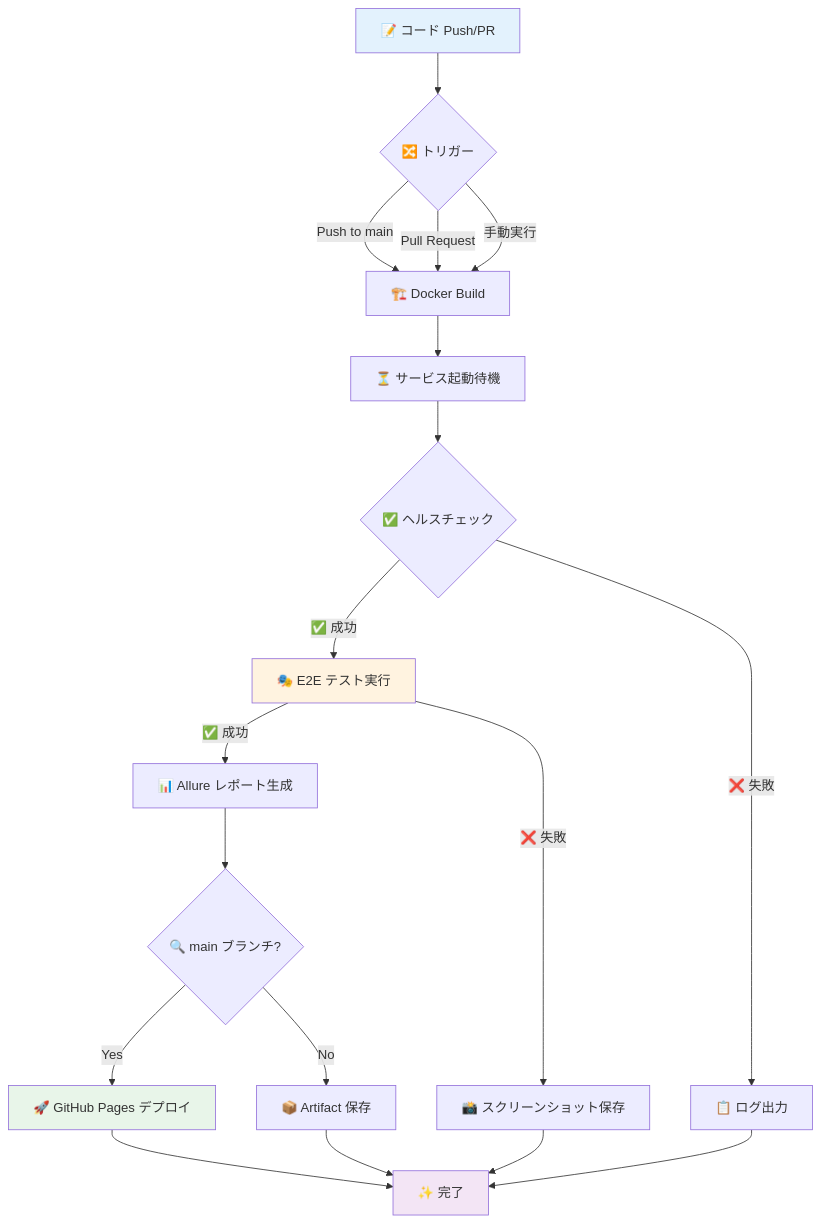
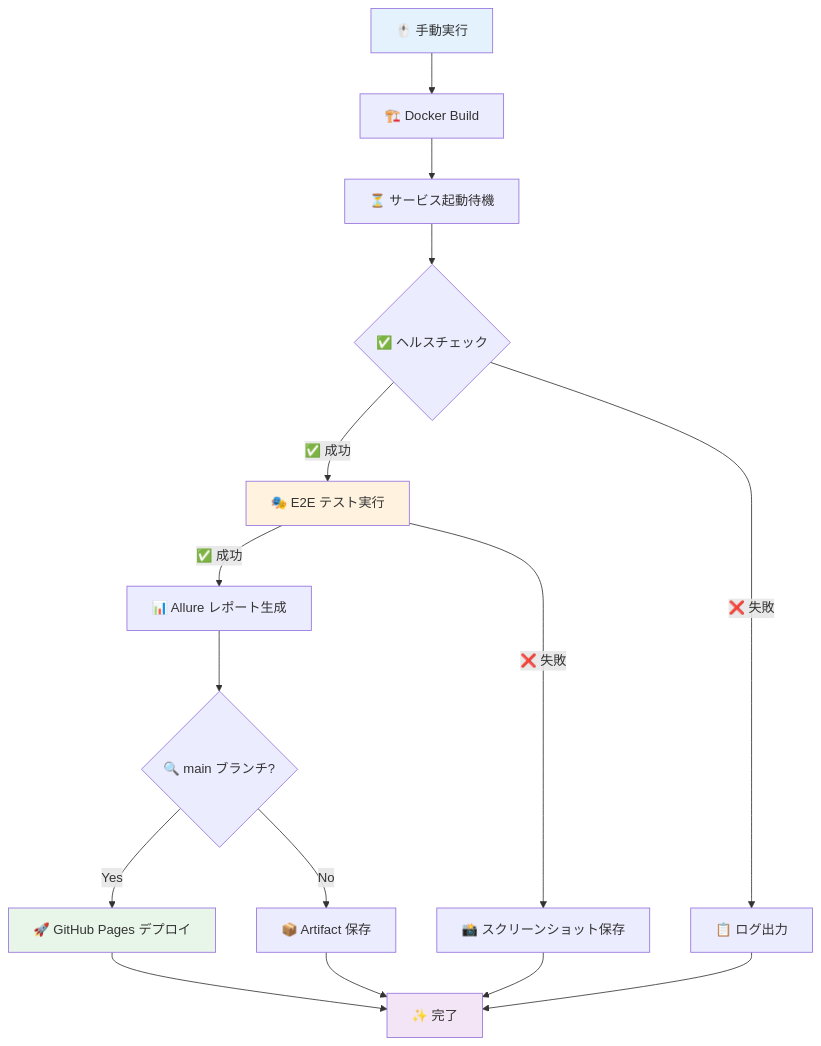
The fourth of 5 diagrams in README.md (cocomomojo/test_app), drawn with Mermaid before and after one commit. The commit also changed other lines of this file, not shown here.

````diff
--- a/README.md
+++ b/README.md
@@ -375,29 +383,26 @@
 ```mermaid
 graph TD
-    A[📝 コード Push/PR] --> B{🔀 トリガー}
-    B -->|Push to main| C[🏗️ Docker Build]
-    B -->|Pull Request| C
-    B -->|手動実行| C
+    A[🖱️ 手動実行] --> B[🏗️ Docker Build]
     
-    C --> D[⏳ サービス起動待機]
-    D --> E{✅ ヘルスチェック}
-    E -->|❌ 失敗| F[📋 ログ出力]
-    E -->|✅ 成功| G[🎭 E2E テスト実行]
+    B --> C[⏳ サービス起動待機]
+    C --> D{✅ ヘルスチェック}
+    D -->|❌ 失敗| E[📋 ログ出力]
+    D -->|✅ 成功| F[🎭 E2E テスト実行]
     
-    G -->|❌ 失敗| H[📸 スクリーンショット保存]
-    G -->|✅ 成功| I[📊 Allure レポート生成]
+    F -->|❌ 失敗| G[📸 スクリーンショット保存]
+    F -->|✅ 成功| H[📊 Allure レポート生成]
     
-    I --> J{🔍 main ブランチ?}
-    J -->|Yes| K[🚀 GitHub Pages デプロイ]
-    J -->|No| L[📦 Artifact 保存]
+    H --> I{🔍 main ブランチ?}
+    I -->|Yes| J[🚀 GitHub Pages デプロイ]
+    I -->|No| K[📦 Artifact 保存]
     
-    K --> M[✨ 完了]
-    L --> M
-    H --> M
-    F --> M
+    J --> L[✨ 完了]
+    K --> L
+    G --> L
+    E --> L
     
     style A fill:#e3f2fd
-    style G fill:#fff3e0
-    style K fill:#e8f5e9
-    style M fill:#f3e5f5
+    style F fill:#fff3e0
+    style J fill:#e8f5e9
+    style L fill:#f3e5f5
 ```
````
